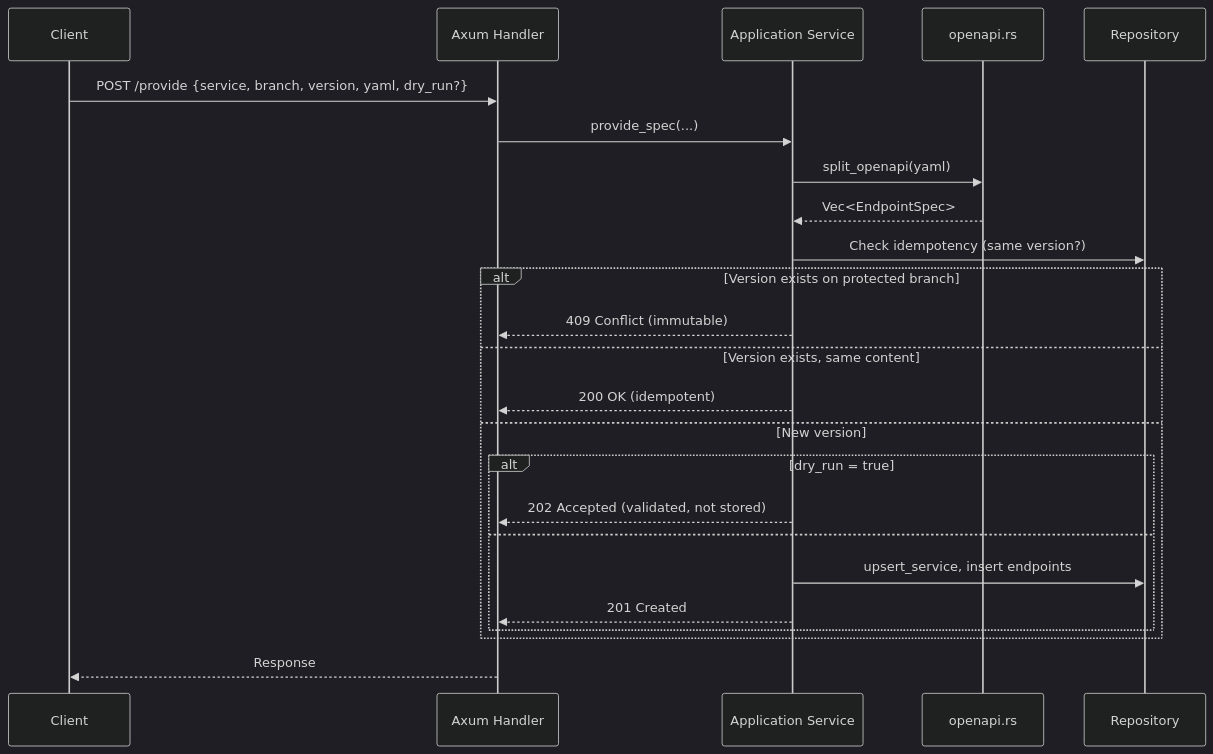
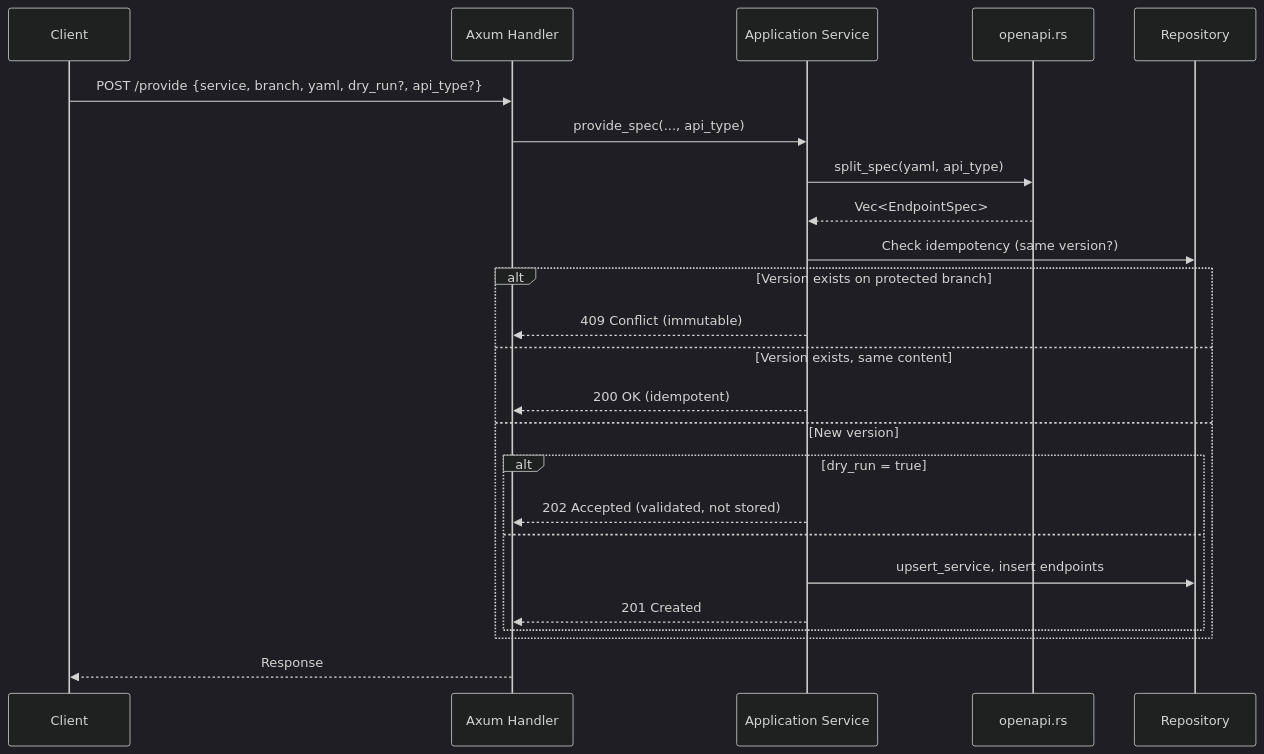
One commit to paxel/sanshain-service changed the second of 7 diagrams in docs/developer-guide.md. Above: the diagram before and after it, drawn with Mermaid (dark theme). The commit also changed other lines of this file and 34 other files, not shown here.

````diff
--- a/docs/developer-guide.md
+++ b/docs/developer-guide.md
@@ -64,27 +64,27 @@
 ```mermaid
 sequenceDiagram
     participant Client
     participant Handler as Axum Handler
     participant Service as Application Service
     participant Splitter as openapi.rs
     participant Repo as Repository
 
-    Client->>Handler: POST /provide {service, branch, version, yaml, dry_run?}
-    Handler->>Service: provide_spec(...)
-    Service->>Splitter: split_openapi(yaml)
+    Client->>Handler: POST /provide {service, branch, yaml, dry_run?, api_type?}
+    Handler->>Service: provide_spec(..., api_type)
+    Service->>Splitter: split_spec(yaml, api_type)
     Splitter-->>Service: Vec<EndpointSpec>
     Service->>Repo: Check idempotency (same version?)
     alt Version exists on protected branch
         Service-->>Handler: 409 Conflict (immutable)
     else Version exists, same content
         Service-->>Handler: 200 OK (idempotent)
     else New version
         alt dry_run = true
             Service-->>Handler: 202 Accepted (validated, not stored)
         else
             Service->>Repo: upsert_service, insert endpoints
             Service-->>Handler: 201 Created
         end
     end
     Handler-->>Client: Response
 ```
````
